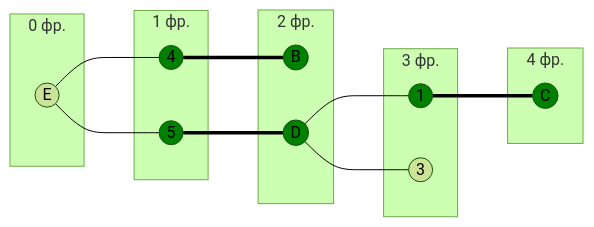
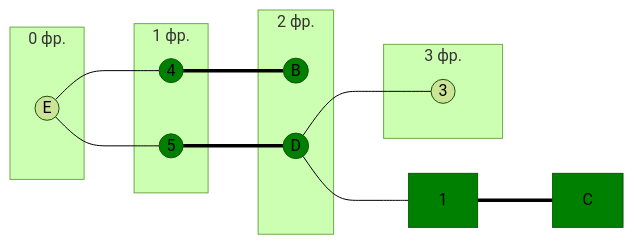
One commit to hse-algo-psapr-25/manual-tasks changed the fifth of 9 diagrams in Задание 14/DIsplayPort.md. Above: the diagram before and after it, drawn with Mermaid (forest theme).

````diff
--- a/Задание 14/DIsplayPort.md
+++ b/Задание 14/DIsplayPort.md
@@ -179,36 +179,32 @@
 ```mermaid
 graph LR
     subgraph "0 фр." 
         E((E))
     end
     subgraph "1 фр." 
         4((4))
         5((5))
     end
     subgraph "2 фр." 
         B((B))
         D((D))
     end
     subgraph "3 фр." 
-        1((1))
         3((3))
-    end
-    subgraph "4 фр." 
-        C((C))
     end
 
     E --- 4
     E --- 5
     4 === B
     5 === D
     D --- 1
     D --- 3
     1 === C
 
     style 4 fill:#008000
     style B fill:#008000
     style D fill:#008000
     style 5 fill:#008000
     style 1 fill:#008000
     style C fill:#008000
 ```
````
